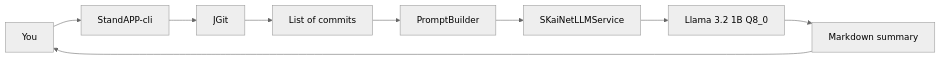
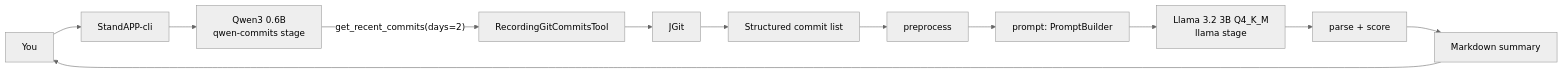
Before and after one commit to michalharakal/Daily-StandAPP: the diagram in docs/modules/prompt-engineering/pages/tutorials/getting-started.adoc, drawn with Mermaid (neutral theme). The commit also changed other lines of this file and 38 other files, not shown here.

First line of the commit message:
docs: truth sweep for the two-model pipeline (arc42 ADR-012, prompt-engineering, verification log)

```diff
--- a/docs/modules/prompt-engineering/pages/tutorials/getting-started.adoc
+++ b/docs/modules/prompt-engineering/pages/tutorials/getting-started.adoc
@@ -28,12 +40,15 @@
 [mermaid]
 ----
 flowchart LR
     USR[You] --> CLI[StandAPP-cli]
-    CLI --> JGIT[JGit]
-    JGIT --> COMMITS[List of commits]
-    COMMITS --> PB[PromptBuilder]
-    PB --> SVC[SKaiNetLLMService]
-    SVC --> MODEL[Llama 3.2 1B Q8_0]
-    MODEL --> ANSWER[Markdown summary]
+    CLI --> QWEN[Qwen3 0.6B<br/>qwen-commits stage]
+    QWEN -->|"get_recent_commits(days=2)"| TOOL[RecordingGitCommitsTool]
+    TOOL --> JGIT[JGit]
+    JGIT --> COMMITS[Structured commit list]
+    COMMITS --> PRE[preprocess]
+    PRE --> PB[prompt: PromptBuilder]
+    PB --> LLAMA[Llama 3.2 3B Q4_K_M<br/>llama stage]
+    LLAMA --> PARSE[parse + score]
+    PARSE --> ANSWER[Markdown summary]
     ANSWER --> USR
 ----
```
